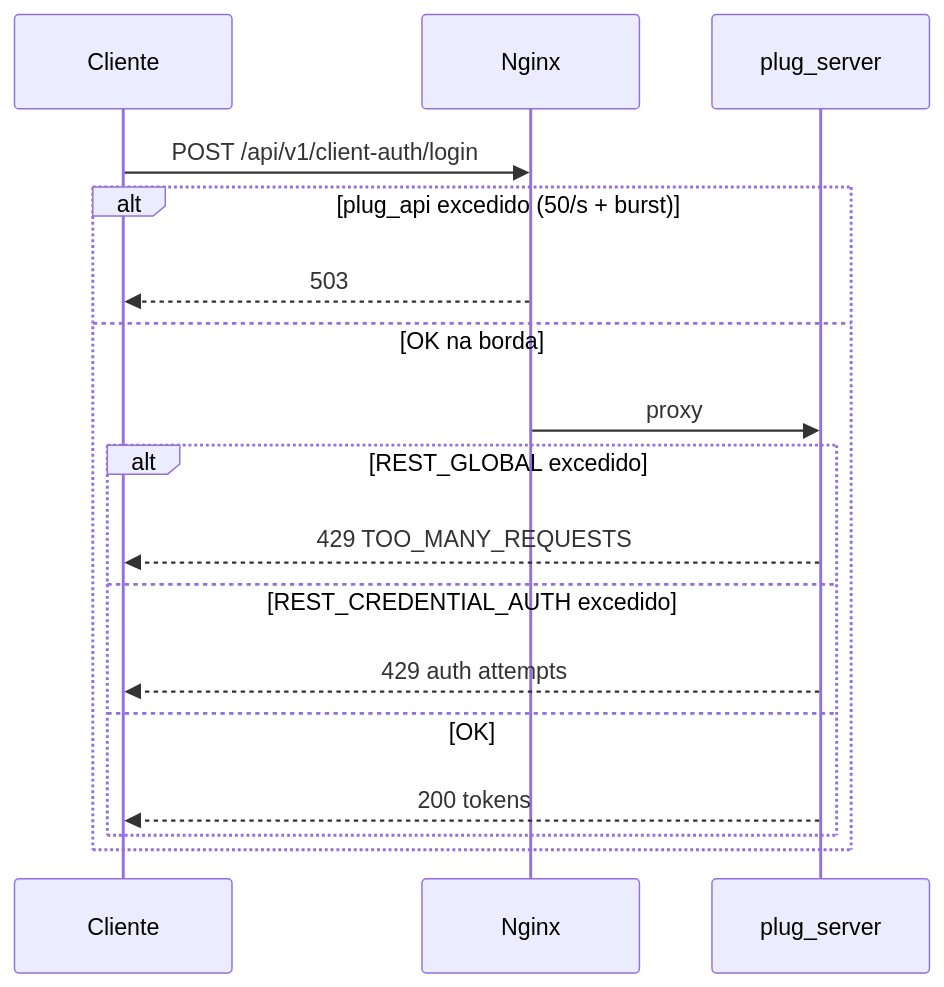
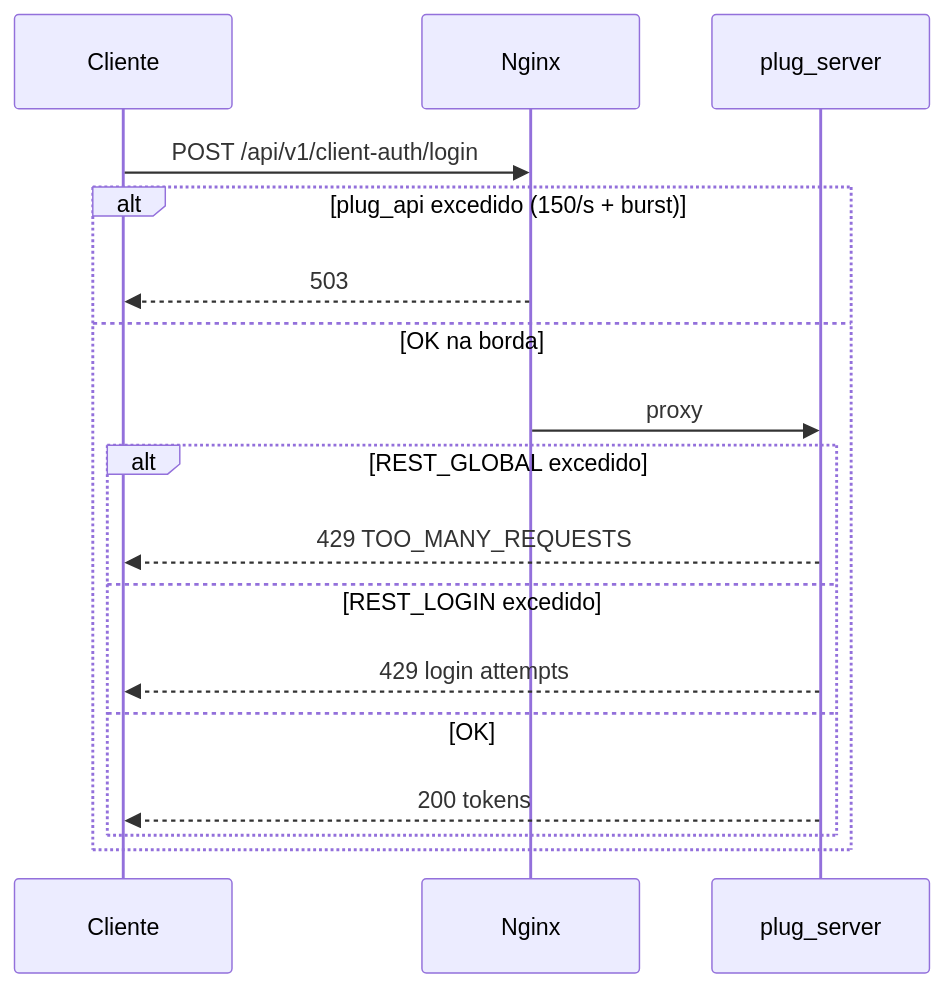
The second of 2 diagrams in docs/limits/limites_acesso_e_quotas.md (cesar-carlos/plug_server), drawn with Mermaid before and after one commit. The commit also changed other lines of this file and 12 other files, not shown here.

````diff
--- a/docs/limits/limites_acesso_e_quotas.md
+++ b/docs/limits/limites_acesso_e_quotas.md
@@ -250,20 +266,20 @@
 ```mermaid
 sequenceDiagram
   participant C as Cliente
   participant N as Nginx
   participant A as plug_server
 
   C->>N: POST /api/v1/client-auth/login
-  alt plug_api excedido (50/s + burst)
+  alt plug_api excedido (150/s + burst)
     N-->>C: 503
   else OK na borda
     N->>A: proxy
     alt REST_GLOBAL excedido
       A-->>C: 429 TOO_MANY_REQUESTS
-    else REST_CREDENTIAL_AUTH excedido
-      A-->>C: 429 auth attempts
+    else REST_LOGIN excedido
+      A-->>C: 429 login attempts
     else OK
       A-->>C: 200 tokens
     end
   end
 ```
````
